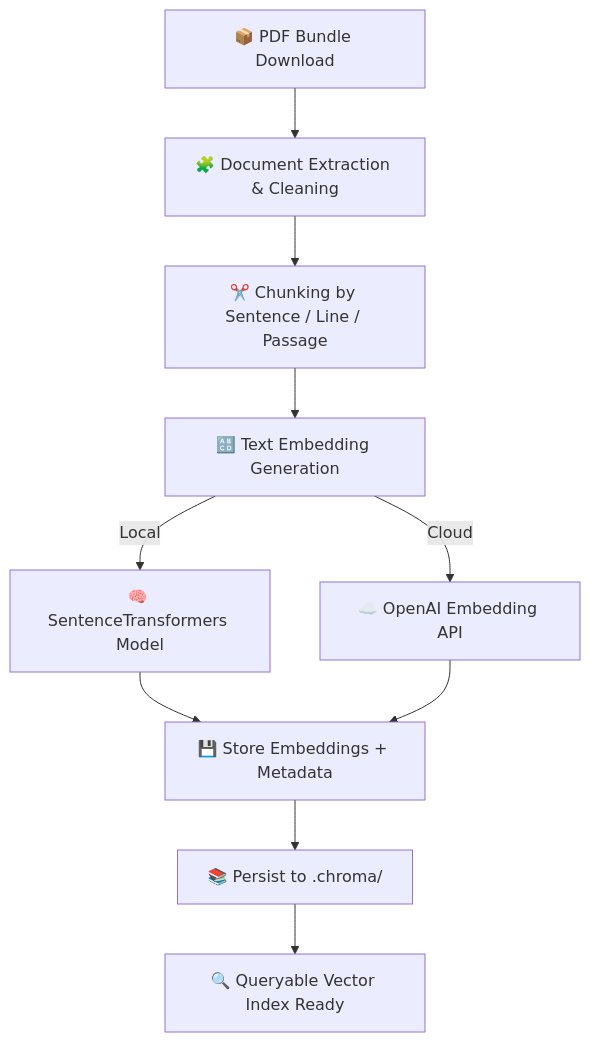
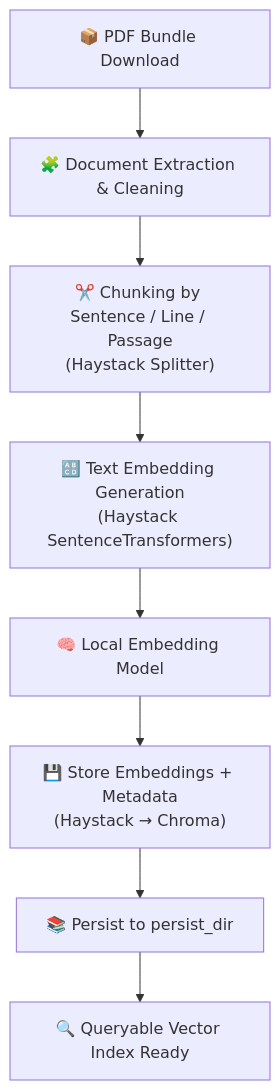
One commit to brandon-benge/RAG-Workflow changed the diagram in README.md. Above: the diagram before and after it, drawn with Mermaid. The commit also changed other lines of this file and 6 other files, not shown here.

````diff
--- a/README.md
+++ b/README.md
@@ -18,12 +18,11 @@
 ```mermaid
+%%{init: {"flowchart": {"htmlLabels": true}} }%%
 flowchart TD
-    A[📦 PDF Bundle Download] --> B[🧩 Document Extraction & Cleaning]
-    B --> C[✂️ Chunking by Sentence / Line / Passage]
-    C --> D[🔠 Text Embedding Generation]
-    D -->|Local| E1[🧠 SentenceTransformers Model]
-    D -->|Cloud| E2[☁️ OpenAI Embedding API]
-    E1 --> F[💾 Store Embeddings + Metadata]
-    E2 --> F
-    F --> G[📚 Persist to .chroma/]
-    G --> H[🔍 Queryable Vector Index Ready]
+  A["📦 PDF Bundle Download"] --> B["🧩 Document Extraction & Cleaning"]
+  B --> C["✂️ Chunking by Sentence / Line / Passage<br/>(Haystack Splitter)"]
+  C --> D["🔠 Text Embedding Generation<br/>(Haystack SentenceTransformers)"]
+  D --> E["🧠 Local Embedding Model"]
+  E --> F["💾 Store Embeddings + Metadata<br/>(Haystack → Chroma)"]
+  F --> G["📚 Persist to persist_dir"]
+  G --> H["🔍 Queryable Vector Index Ready"]
 ```
````
